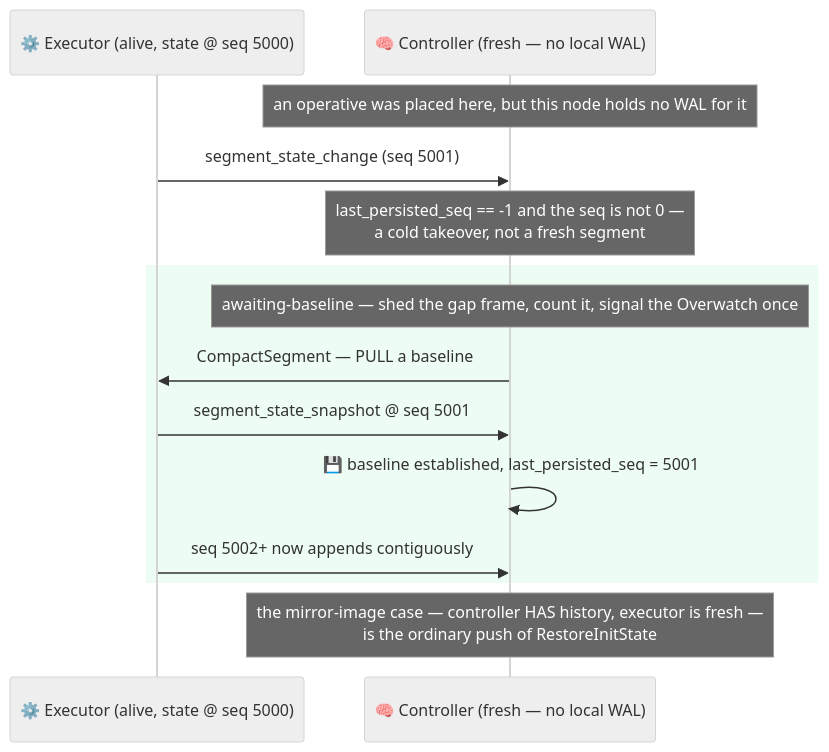
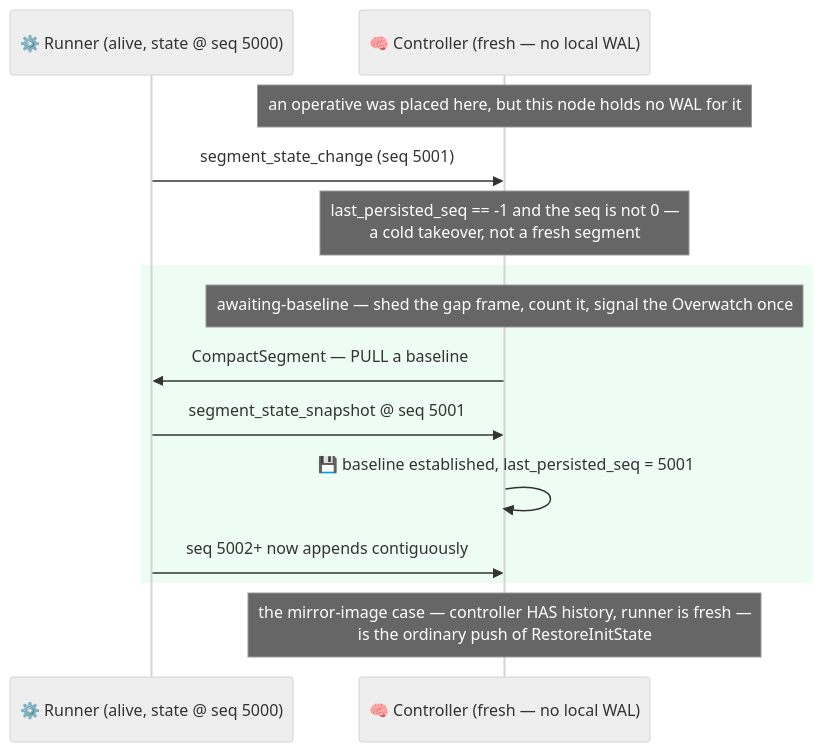
One commit to Flezha/flezha changed the fifth of 16 diagrams in docs/architecture/kernel.md. Above: the diagram before and after it, drawn with Mermaid (neutral theme). The commit also changed other lines of this file and 535 other files, not shown here.

````diff
--- a/docs/architecture/kernel.md
+++ b/docs/architecture/kernel.md
@@ -219,19 +219,19 @@
 ```mermaid
 sequenceDiagram
-    participant EX as ⚙️ Executor (alive, state @ seq 5000)
+    participant EX as ⚙️ Runner (alive, state @ seq 5000)
     participant CTRL as 🧠 Controller (fresh — no local WAL)
 
     Note over CTRL: an operative was placed here, but this node holds no WAL for it
     EX->>CTRL: segment_state_change (seq 5001)
     Note over CTRL: last_persisted_seq == -1 and the seq is not 0 —<br/>a cold takeover, not a fresh segment
 
     rect rgba(220,252,231,0.5)
         Note over CTRL: awaiting-baseline — shed the gap frame, count it, signal the Overwatch once
         CTRL->>EX: CompactSegment — PULL a baseline
         EX->>CTRL: segment_state_snapshot @ seq 5001
         CTRL->>CTRL: 💾 baseline established, last_persisted_seq = 5001
         EX->>CTRL: seq 5002+ now appends contiguously
     end
 
-    Note over CTRL: the mirror-image case — controller HAS history, executor is fresh —<br/>is the ordinary push of RestoreInitState
+    Note over CTRL: the mirror-image case — controller HAS history, runner is fresh —<br/>is the ordinary push of RestoreInitState
 ```
````
